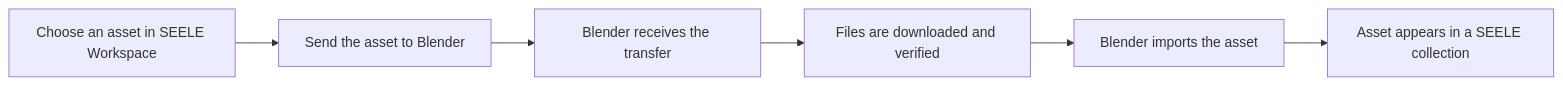
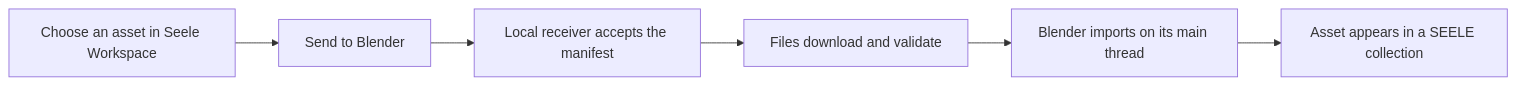
One commit to SeeleAI/SEELE-Blender-Add-on changed the diagram in README.md. Above: the diagram before and after it, drawn with Mermaid. The commit also changed other lines of this file, not shown here.

Commit message:
docs: align Blender README presentation

````diff
--- a/README.md
+++ b/README.md
@@ -69,11 +69,11 @@
 ```mermaid
 flowchart LR
-    A["Choose an asset in SEELE Workspace"]
-    B["Send the asset to Blender"]
-    C["Blender receives the transfer"]
-    D["Files are downloaded and verified"]
-    E["Blender imports the asset"]
+    A["Choose an asset in Seele Workspace"]
+    B["Send to Blender"]
+    C["Local receiver accepts the manifest"]
+    D["Files download and validate"]
+    E["Blender imports on its main thread"]
     F["Asset appears in a SEELE collection"]
 
     A --> B --> C --> D --> E --> F
 ```
````
